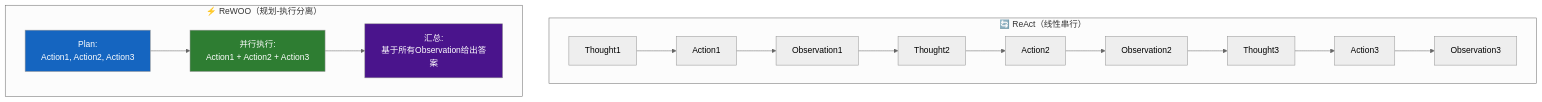
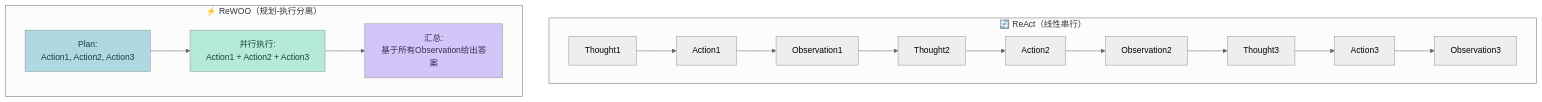
Before and after one commit to xuqi2024/xuqi2024.github.io: the third of 5 diagrams in source/_posts/2026-04-14-ai-agent-principles-and-practice.md, drawn with Mermaid (neutral theme). The commit also changed other lines of this file and 3 other files, not shown here.

First line of the commit message:
style: 将所有 Mermaid 图表配色改为马卡龙色系，修复节点换行显示

````diff
--- a/source/_posts/2026-04-14-ai-agent-principles-and-practice.md
+++ b/source/_posts/2026-04-14-ai-agent-principles-and-practice.md
@@ -337,19 +337,19 @@
 ```mermaid
 graph TD
     subgraph ReAct["🔄 ReAct（线性串行）"]
         direction LR
         R1["Thought1"] --> A1["Action1"] --> O1["Observation1"]
         O1 --> R2["Thought2"] --> A2["Action2"] --> O2["Observation2"]
         O2 --> R3["Thought3"] --> A3["Action3"] --> O3["Observation3"]
     end
 
     subgraph ReWOO["⚡ ReWOO（规划-执行分离）"]
         direction LR
         PL["Plan:<br/>Action1, Action2, Action3"] --> EX["并行执行:<br/>Action1 + Action2 + Action3"]
         EX --> SUM["汇总:<br/>基于所有Observation给出答案"]
     end
 
-    style PL fill:#1565C0,color:#fff
-    style EX fill:#2E7D32,color:#fff
-    style SUM fill:#4A148C,color:#fff
+    style PL fill:#AED9E0,color:#1A3A4A
+    style EX fill:#B5EAD7,color:#1B4332
+    style SUM fill:#D4C5F9,color:#3D2B4F
 ```
````
